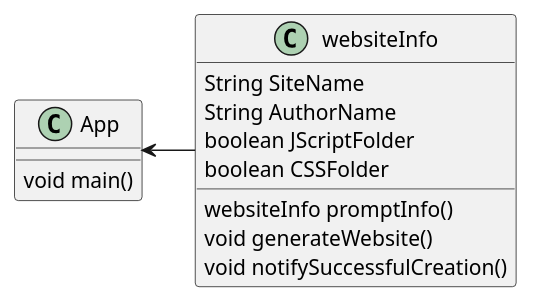
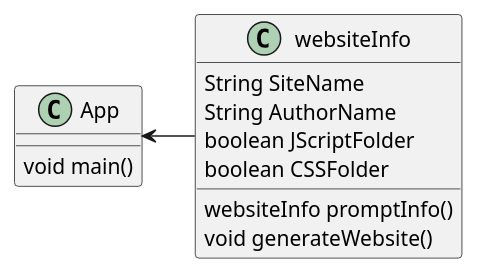
One commit to kieran-l-jimenez/jimenez-cop3330-assignment3 changed the diagram in src/main/java/ex43/ex43-ClassDiagram.puml. Above: the diagram before and after it, drawn with PlantUML. The commit also changed 3 other files, not shown here.

```diff
--- a/src/main/java/ex43/ex43-ClassDiagram.puml
+++ b/src/main/java/ex43/ex43-ClassDiagram.puml
@@ -1,21 +1,20 @@
 @startuml
 'https://plantuml.com/class-diagram
 
 class App {
 void main()
 }
 
 App <- websiteInfo
 
 class websiteInfo {
 String SiteName
 String AuthorName
 boolean JScriptFolder
 boolean CSSFolder
 
 websiteInfo promptInfo()
 void generateWebsite()
-void notifySuccessfulCreation()
 }
 
 @enduml
```
